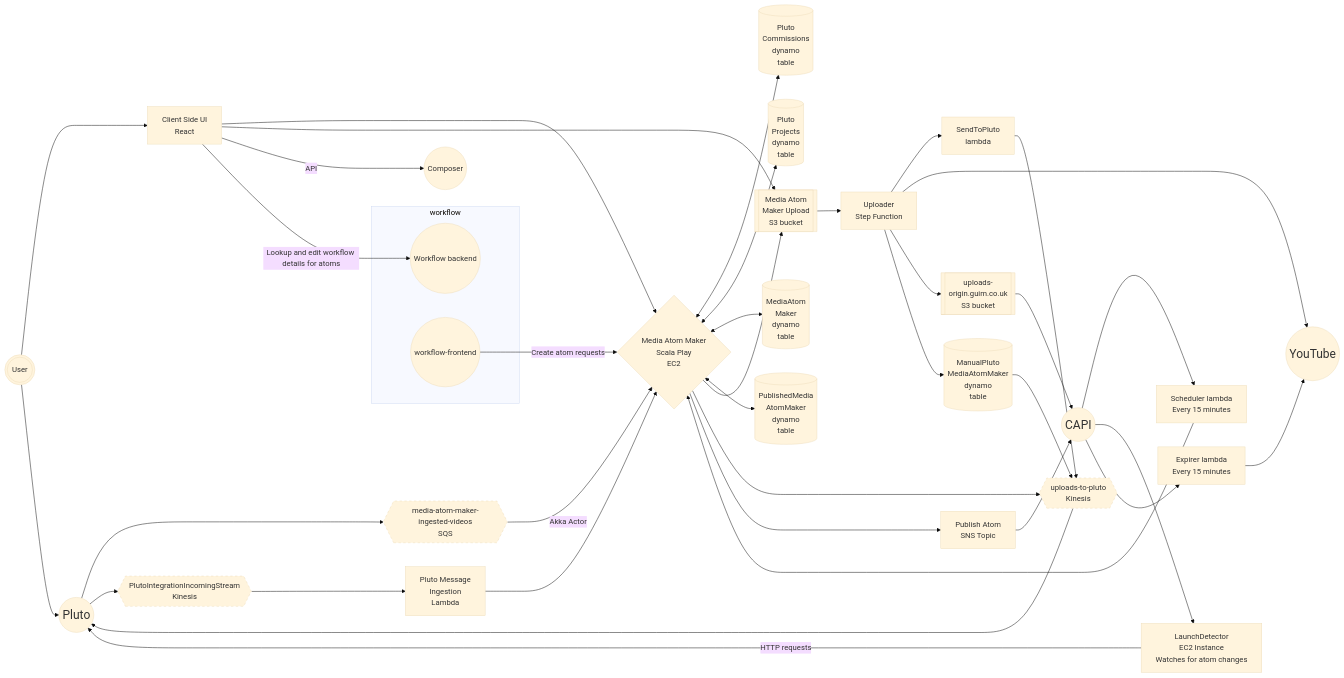
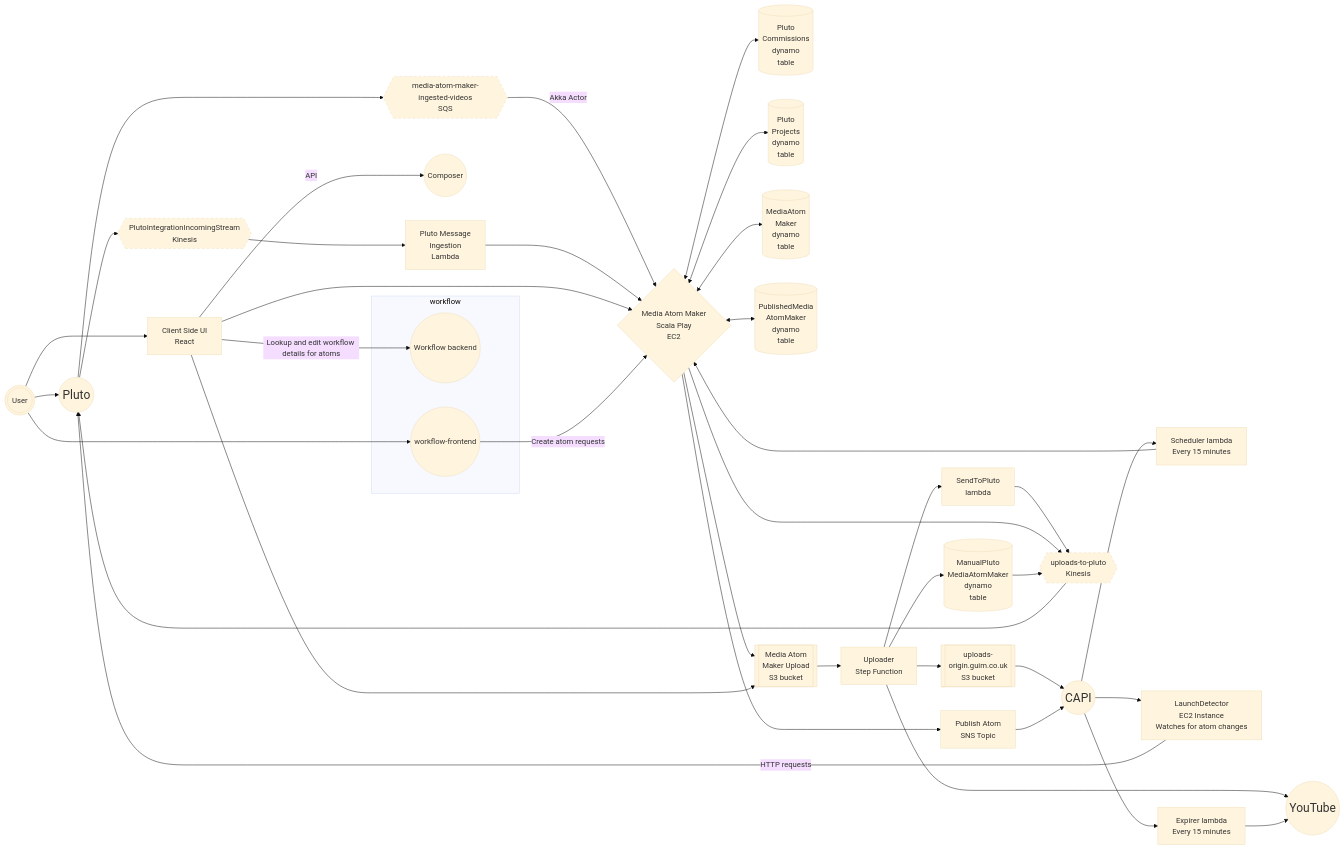
One commit to guardian/media-atom-maker changed the first of 4 diagrams in docs/10-architecture.md. Above: the diagram before and after it, drawn with Mermaid (base theme).

Commit message:
Add arrow from user to workflow-frontend

````diff
--- a/docs/10-architecture.md
+++ b/docs/10-architecture.md
@@ -5,56 +5,57 @@
 ```mermaid
 graph LR
     Pluto((Pluto)):::External
     YouTube((YouTube)):::External
     CAPI((CAPI)):::External
     Composer((Composer))
     uploads-to-pluto{{uploads-to-pluto<br/>Kinesis}}:::Stream
     media-atom-maker-ingested-videos{{media-atom-maker-ingested-videos<br/>SQS}}:::Stream
     PlutoIntegrationIncomingStream{{PlutoIntegrationIncomingStream<br/>Kinesis}}:::Stream
     uploads-to-pluto --> Pluto
     Pluto --> media-atom-maker-ingested-videos
     Pluto --> PlutoIntegrationIncomingStream
     SendToPluto[SendToPluto<br/>lambda] --> uploads-to-pluto
     media-atom-maker-ingested-videos -->|Akka Actor| MediaAtomMaker{Media Atom Maker<br/>Scala Play<br/>EC2}
     PlutoIntegrationIncomingStream --> PlutoMessage[Pluto Message<br/>Ingestion<br/>Lambda]
     PlutoMessage --> MediaAtomMaker
     MediaAtomMaker <--> PlutoCommissions[(Pluto<br/>Commissions<br/>dynamo<br/>table)]
     MediaAtomMaker <--> PlutoProjects[(Pluto<br/>Projects<br/>dynamo<br/>table)]
     MediaAtomMaker <--> MediaAtomMakerProd[(MediaAtom<br/>Maker<br/>dynamo<br/>table)]
     MediaAtomMaker <--> PublishedMedia[(PublishedMedia<br/>AtomMaker<br/>dynamo<br/>table)]
     MediaAtomMaker --> MediaAtomMakerUpload[[Media Atom<br/>Maker Upload<br/>S3 bucket]]
     MediaAtomMaker --> uploads-to-pluto
     User(((User)))
     User --> ClientSide
     User --> Pluto
     ClientSide[Client Side UI<br/>React<br/>]
     ClientSide --> MediaAtomMaker
     ClientSide --> MediaAtomMakerUpload
     ClientSide -->|API| Composer
     MediaAtomMakerUpload --> Uploader
     Uploader[Uploader<br/>Step Function]
     Uploader --> SendToPluto
     Uploader --> YouTube
     Uploader --> UploadsOrigin[[uploads-<br/>origin.guim.co.uk<br/>S3 bucket]]
     Uploader --> ManualPluto[(ManualPluto<br/>MediaAtomMaker<br/>dynamo<br/>table)]
     ManualPluto --> uploads-to-pluto
     UploadsOrigin --> CAPI
     MediaAtomMaker --> PublishAtom[Publish Atom<br/>SNS Topic]
     Scheduler[Scheduler lambda<br/>Every 15 minutes]
     Scheduler --> MediaAtomMaker
     CAPI --> Scheduler
     CAPI --> LaunchDetector[LaunchDetector<br/>EC2 Instance <br/>Watches for atom changes]
     LaunchDetector -->|HTTP requests| Pluto
     PublishAtom --> CAPI
     Expirer[Expirer lambda<br/>Every 15 minutes]
     CAPI --> Expirer
     Expirer --> YouTube
     subgraph workflow
       Workflow((Workflow backend))
       WorkflowFrontend((workflow-frontend))
     end
     ClientSide -->|Lookup and edit workflow details for atoms| Workflow
+    User --> WorkflowFrontend
     WorkflowFrontend -->|Create atom requests| MediaAtomMaker
     classDef External padding: 50px, width: 200px, font-size: 25px
     classDef Stream stroke-dasharray: 5 5
 ```
````
